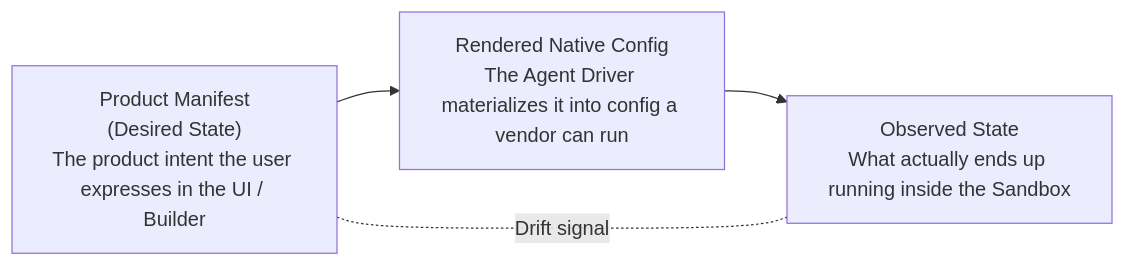
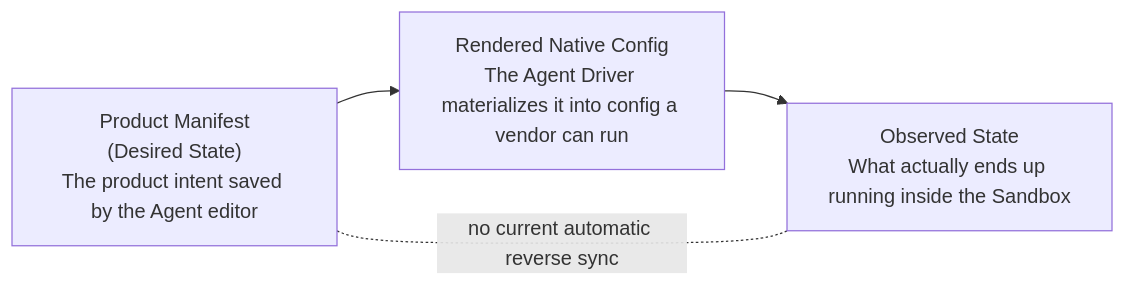
Before and after one commit to langgenius/mosoo: the first of 3 diagrams in docs/prd/agent-manifest.md, drawn with Mermaid. The commit also changed other lines of this file and 66 other files, not shown here.

````diff
--- a/docs/prd/agent-manifest.md
+++ b/docs/prd/agent-manifest.md
@@ -96,8 +129,8 @@
 ```mermaid
 flowchart LR
-  PM["Product Manifest<br/>(Desired State)<br/>The product intent the user expresses in the UI / Builder"]
+  PM["Product Manifest<br/>(Desired State)<br/>The product intent saved by the Agent editor"]
     --> RC["Rendered Native Config<br/>The Agent Driver materializes it into config a vendor can run"]
     --> OS["Observed State<br/>What actually ends up running inside the Sandbox"]
 
-  PM -. "Drift signal" .- OS
+  PM -. "no current automatic reverse sync" .- OS
 ```
````
